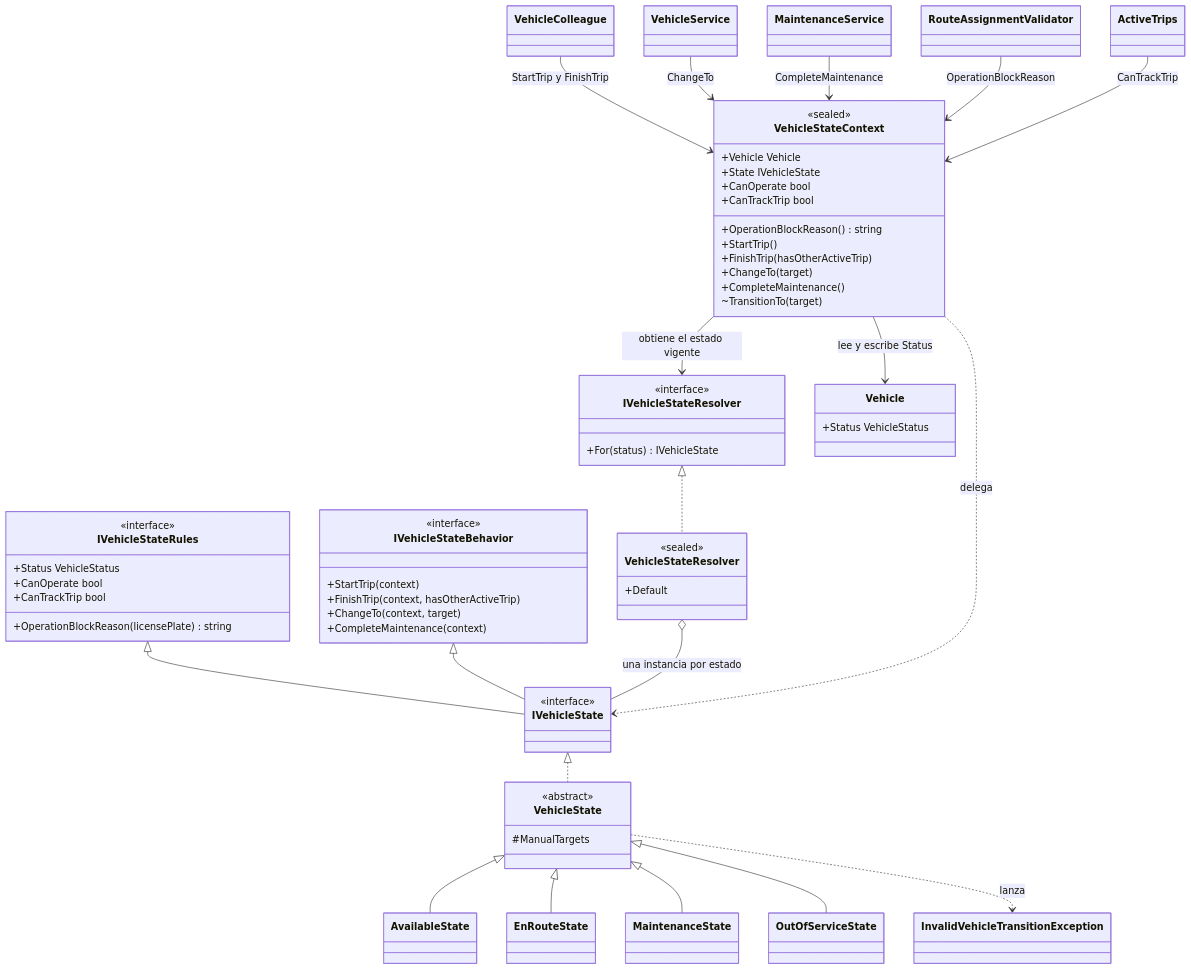
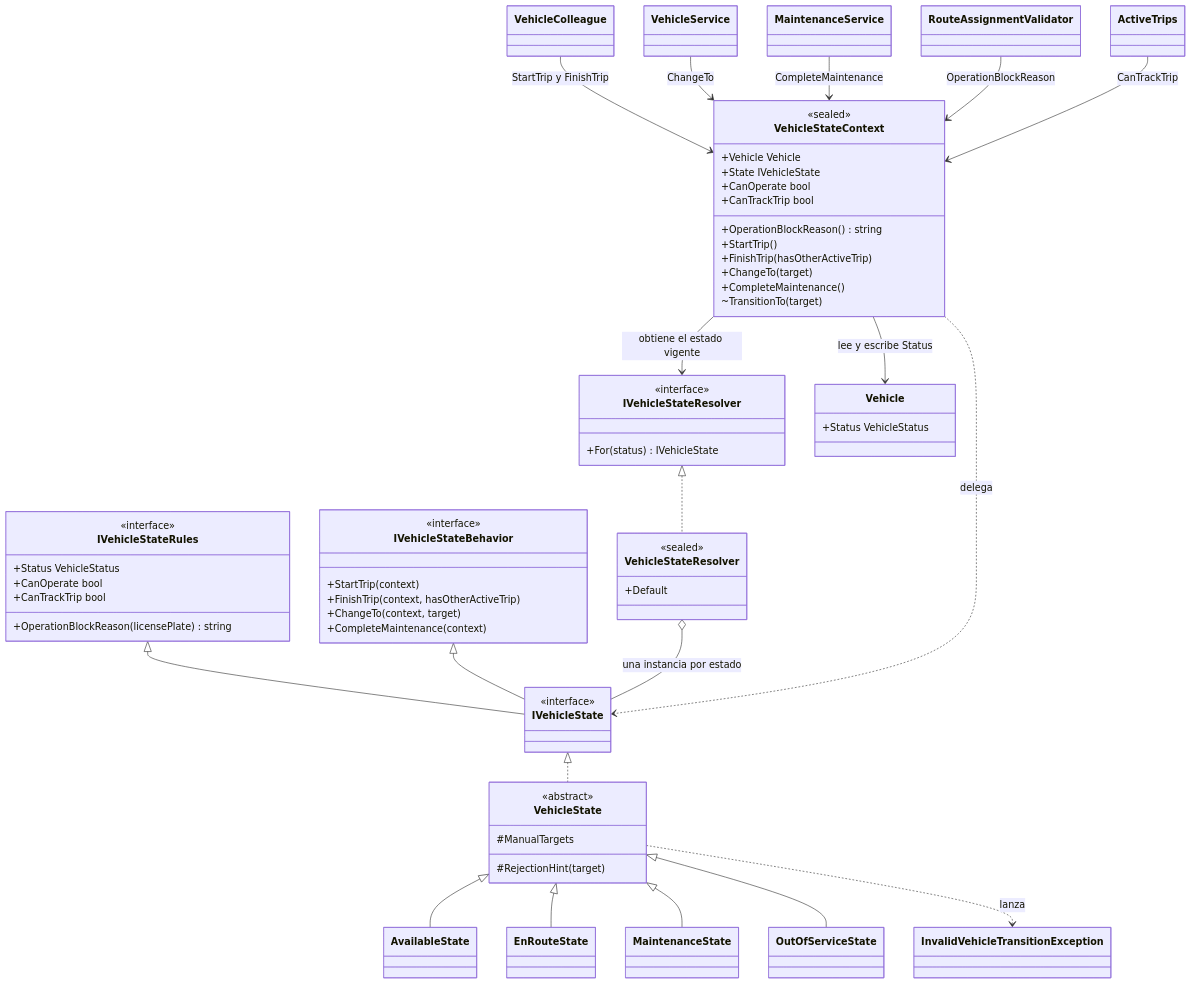
The tenth of 18 diagrams in FleetManagementSystem/README.md (StebanGiraldo/Sistema-de-Gesti-n-de-Flotas), drawn with Mermaid before and after one commit. The commit also changed other lines of this file and 57 other files, not shown here.

````diff
--- a/FleetManagementSystem/README.md
+++ b/FleetManagementSystem/README.md
@@ -2181,77 +2187,78 @@
 ```mermaid
 classDiagram
     direction TB
     class VehicleStateContext {
         <<sealed>>
         +Vehicle Vehicle
         +State IVehicleState
         +CanOperate bool
         +CanTrackTrip bool
         +OperationBlockReason() string
         +StartTrip()
         +FinishTrip(hasOtherActiveTrip)
         +ChangeTo(target)
         +CompleteMaintenance()
         ~TransitionTo(target)
     }
     class IVehicleStateRules {
         <<interface>>
         +Status VehicleStatus
         +CanOperate bool
         +CanTrackTrip bool
         +OperationBlockReason(licensePlate) string
     }
     class IVehicleStateBehavior {
         <<interface>>
         +StartTrip(context)
         +FinishTrip(context, hasOtherActiveTrip)
         +ChangeTo(context, target)
         +CompleteMaintenance(context)
     }
     class IVehicleState {
         <<interface>>
     }
     class VehicleState {
         <<abstract>>
         #ManualTargets
+        #RejectionHint(target)
     }
     class AvailableState
     class EnRouteState
     class MaintenanceState
     class OutOfServiceState
     class IVehicleStateResolver {
         <<interface>>
         +For(status) IVehicleState
     }
     class VehicleStateResolver {
         <<sealed>>
         +Default
     }
     class Vehicle {
         +Status VehicleStatus
     }
     class InvalidVehicleTransitionException
     IVehicleStateRules <|-- IVehicleState
     IVehicleStateBehavior <|-- IVehicleState
     IVehicleState <|.. VehicleState
     VehicleState <|-- AvailableState
     VehicleState <|-- EnRouteState
     VehicleState <|-- MaintenanceState
     VehicleState <|-- OutOfServiceState
     IVehicleStateResolver <|.. VehicleStateResolver
     VehicleStateResolver o-- IVehicleState : una instancia por estado
     VehicleStateContext --> Vehicle : lee y escribe Status
     VehicleStateContext --> IVehicleStateResolver : obtiene el estado vigente
     VehicleStateContext ..> IVehicleState : delega
     VehicleState ..> InvalidVehicleTransitionException : lanza
     class VehicleColleague
     class VehicleService
     class MaintenanceService
     class RouteAssignmentValidator
     class ActiveTrips
     VehicleColleague --> VehicleStateContext : StartTrip y FinishTrip
     VehicleService --> VehicleStateContext : ChangeTo
     MaintenanceService --> VehicleStateContext : CompleteMaintenance
     RouteAssignmentValidator --> VehicleStateContext : OperationBlockReason
     ActiveTrips --> VehicleStateContext : CanTrackTrip
 ```
````
